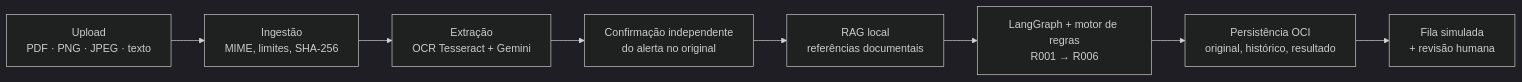
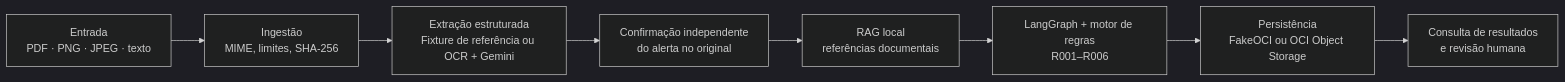
One commit to No-Country-simulation/G10-BRASIL-EQUIPO17 changed the diagram in docs/30_entrega_hackathon.md. Above: the diagram before and after it, drawn with Mermaid (dark theme). The commit also changed other lines of this file and 4 other files, not shown here.

````diff
--- a/docs/30_entrega_hackathon.md
+++ b/docs/30_entrega_hackathon.md
@@ -26,10 +25,10 @@
 ```mermaid
 flowchart LR
-    A["Upload<br/>PDF · PNG · JPEG · texto"] --> B["Ingestão<br/>MIME, limites, SHA-256"]
-    B --> C["Extração<br/>OCR Tesseract + Gemini"]
+    A["Entrada<br/>PDF · PNG · JPEG · texto"] --> B["Ingestão<br/>MIME, limites, SHA-256"]
+    B --> C["Extração estruturada<br/>Fixture de referência ou OCR + Gemini"]
     C --> D["Confirmação independente<br/>do alerta no original"]
     D --> E["RAG local<br/>referências documentais"]
-    E --> F["LangGraph + motor de regras<br/>R001 → R006"]
-    F --> G["Persistência OCI<br/>original, histórico, resultado"]
-    G --> H["Fila simulada<br/>+ revisão humana"]
+    E --> F["LangGraph + motor de regras<br/>R001–R006"]
+    F --> G["Persistência<br/>FakeOCI ou OCI Object Storage"]
+    G --> H["Consulta de resultados<br/>e revisão humana"]
 ```
````
